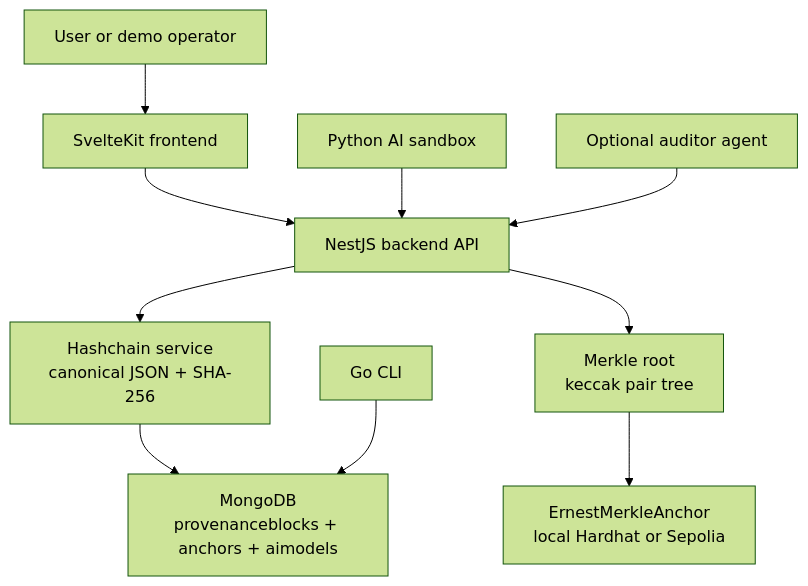
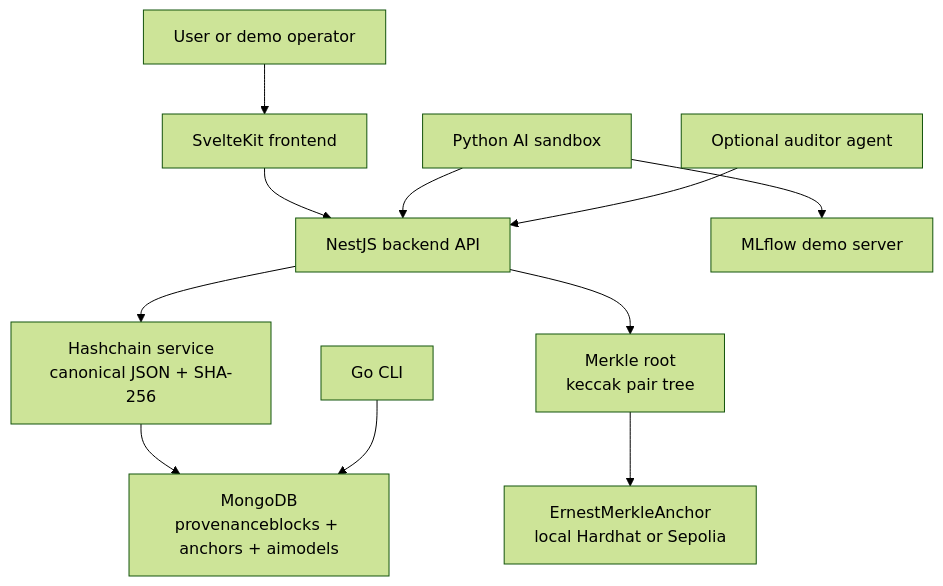
One commit to ccastromar/ai-blockchain-provenance changed the first of 4 diagrams in docs/architecture.md. Above: the diagram before and after it, drawn with Mermaid (forest theme). The commit also changed other lines of this file and 21 other files, not shown here.

Commit message:
Add mlflow demo

````diff
--- a/docs/architecture.md
+++ b/docs/architecture.md
@@ -9,23 +9,25 @@
 ```mermaid
 flowchart TD
   User["User or demo operator"]
   UI["SvelteKit frontend"]
   API["NestJS backend API"]
+  MLflow["MLflow demo server"]
   Mongo["MongoDB<br/>provenanceblocks + anchors + aimodels"]
   Hashchain["Hashchain service<br/>canonical JSON + SHA-256"]
   Merkle["Merkle root<br/>keccak pair tree"]
   Contract["ErnestMerkleAnchor<br/>local Hardhat or Sepolia"]
   CLI["Go CLI"]
   Sandbox["Python AI sandbox"]
   Auditor["Optional auditor agent"]
 
   User --> UI
+  Sandbox --> MLflow
   UI --> API
   Sandbox --> API
   Auditor --> API
   API --> Hashchain
   Hashchain --> Mongo
   API --> Merkle
   Merkle --> Contract
   CLI --> Mongo
 ```
````
